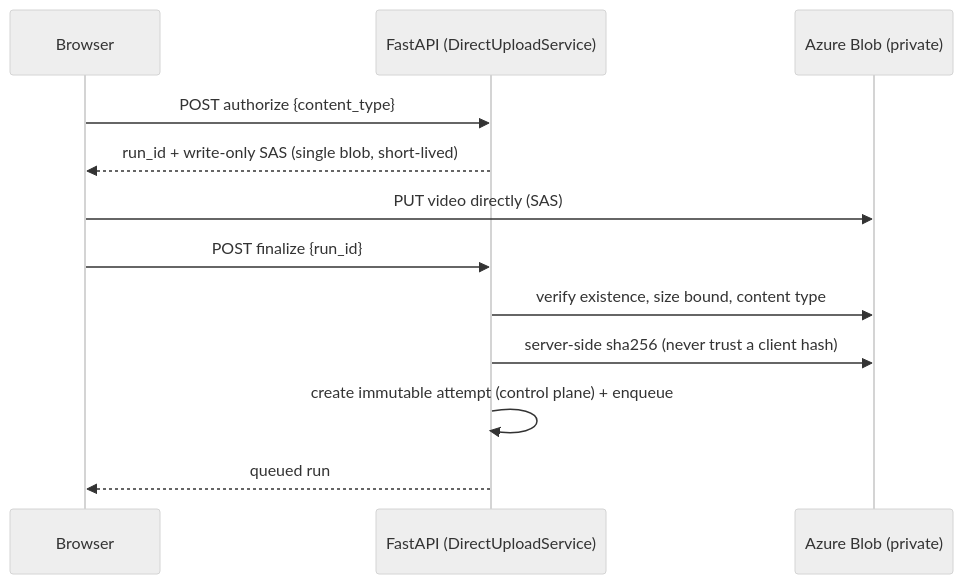
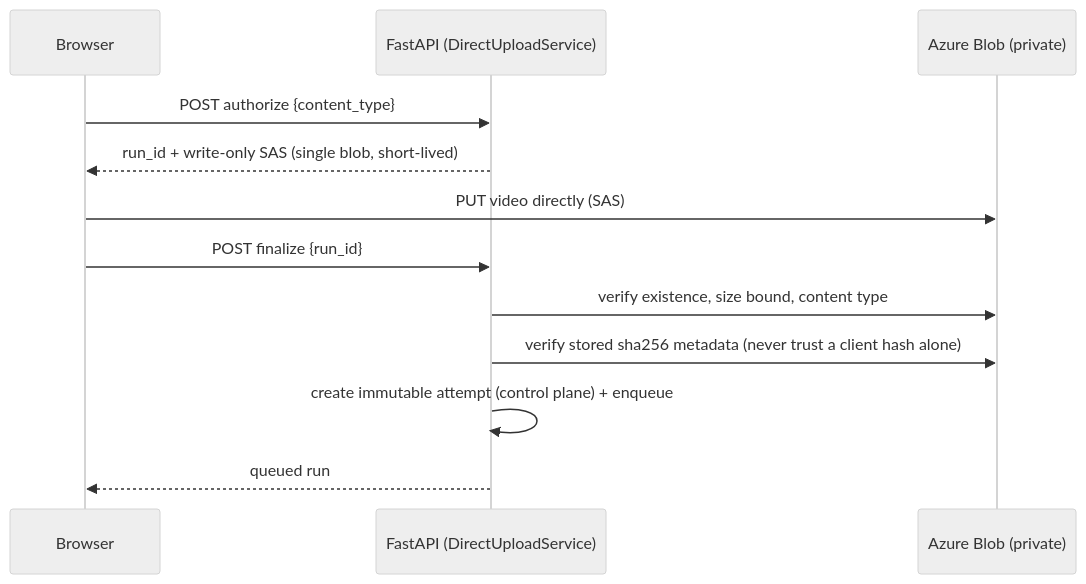
One commit to azizbenammar7/TechnicalTest_MitusAI changed the third of 4 diagrams in docs/v2/production-cloud-adapters.md. Above: the diagram before and after it, drawn with Mermaid (neutral theme). The commit also changed other lines of this file and 44 other files, not shown here.

````diff
--- a/docs/v2/production-cloud-adapters.md
+++ b/docs/v2/production-cloud-adapters.md
@@ -119,14 +119,14 @@
 ```mermaid
 sequenceDiagram
   participant Browser
   participant API as FastAPI (DirectUploadService)
   participant Blob as Azure Blob (private)
   Browser->>API: POST authorize {content_type}
   API-->>Browser: run_id + write-only SAS (single blob, short-lived)
   Browser->>Blob: PUT video directly (SAS)
   Browser->>API: POST finalize {run_id}
   API->>Blob: verify existence, size bound, content type
-  API->>Blob: server-side sha256 (never trust a client hash)
+  API->>Blob: verify stored sha256 metadata (never trust a client hash alone)
   API->>API: create immutable attempt (control plane) + enqueue
   API-->>Browser: queued run
 ```
````
